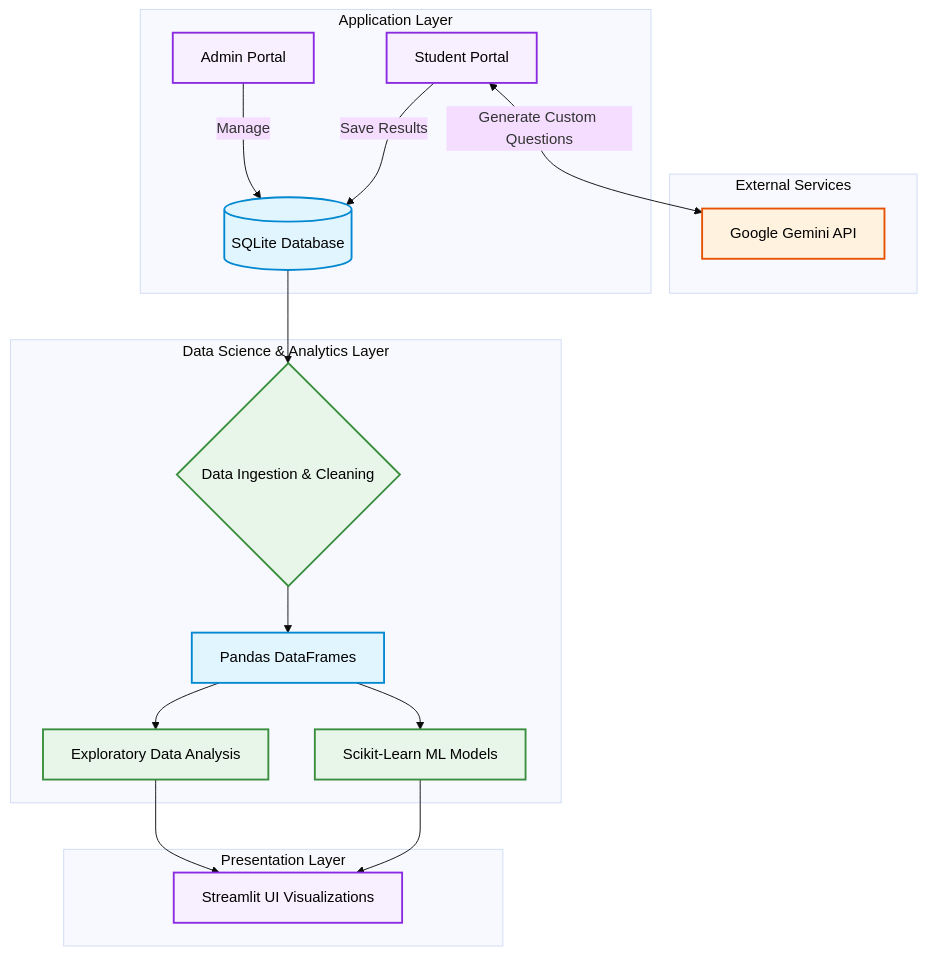
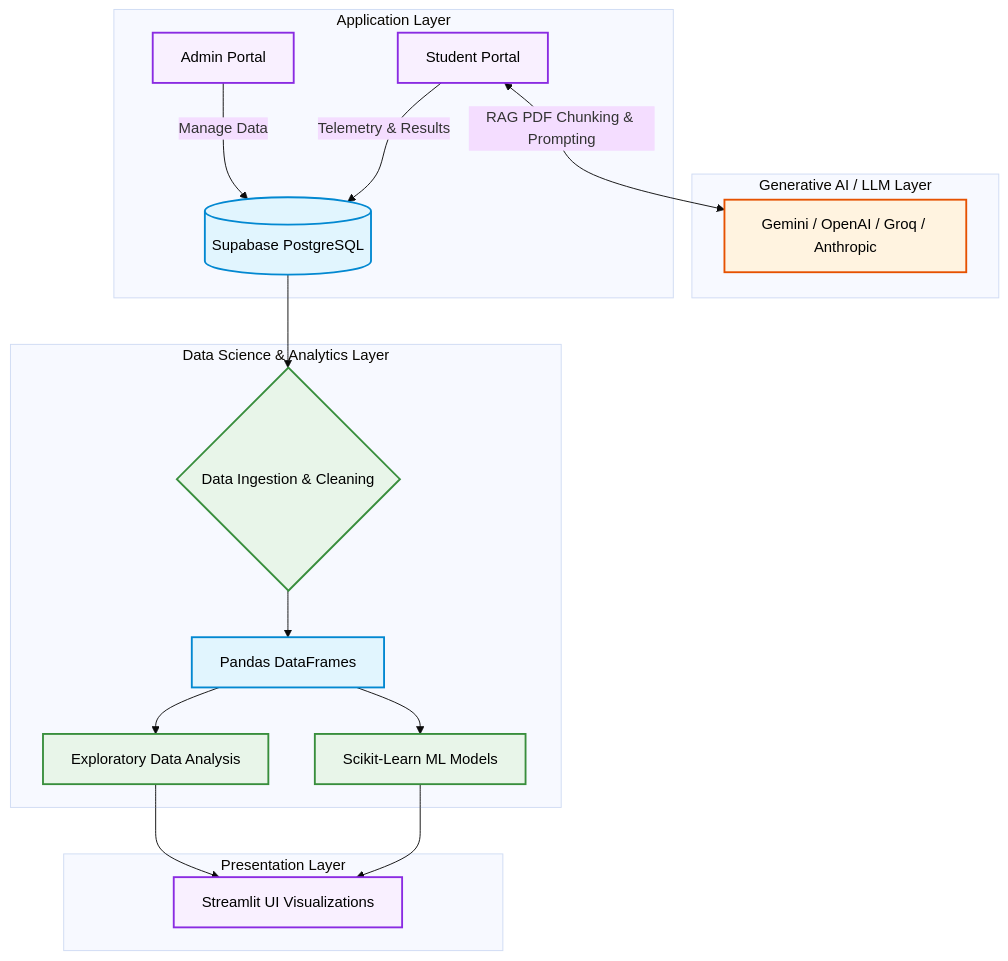
The diagram in README.md (Shashank17singh/Learning-Analytics-Engine), drawn with Mermaid (base theme) before and after one commit. The commit also changed other lines of this file, not shown here.

Commit message:
docs: update README with Supabase Postgres and Multi-LLM RAG architecture

````diff
--- a/README.md
+++ b/README.md
@@ -26,34 +29,34 @@
 ```mermaid
 graph TD
-    subgraph "External Services"
-    I[Google Gemini API]
+    subgraph "Generative AI / LLM Layer"
+    I[Gemini / OpenAI / Groq / Anthropic]
     end
 
     subgraph "Application Layer"
-    A[Admin Portal] -->|Manage| B[(SQLite Database)]
-    C[Student Portal] -->|Save Results| B
-    C <-->|Generate Custom Questions| I
+    A[Admin Portal] -->|Manage Data| B[(Supabase PostgreSQL)]
+    C[Student Portal] -->|Telemetry & Results| B
+    C <-->|RAG PDF Chunking & Prompting| I
     end
     
     subgraph "Data Science & Analytics Layer"
     B --> D{Data Ingestion & Cleaning}
     D --> E[Pandas DataFrames]
     E --> F[Exploratory Data Analysis]
     E --> G[Scikit-Learn ML Models]
     end
     
     subgraph "Presentation Layer"
     F --> H[Streamlit UI Visualizations]
     G --> H
     end
     
     classDef io fill:#f9f0ff,stroke:#8a2be2,stroke-width:2px,color:#000;
     classDef core fill:#e1f5fe,stroke:#0288d1,stroke-width:2px,color:#000;
     classDef logic fill:#e8f5e9,stroke:#388e3c,stroke-width:2px,color:#000;
     classDef ext fill:#fff3e0,stroke:#e65100,stroke-width:2px,color:#000;
     
     class A,C,H io;
     class B,E core;
     class D,F,G logic;
     class I ext;
 ```
````
